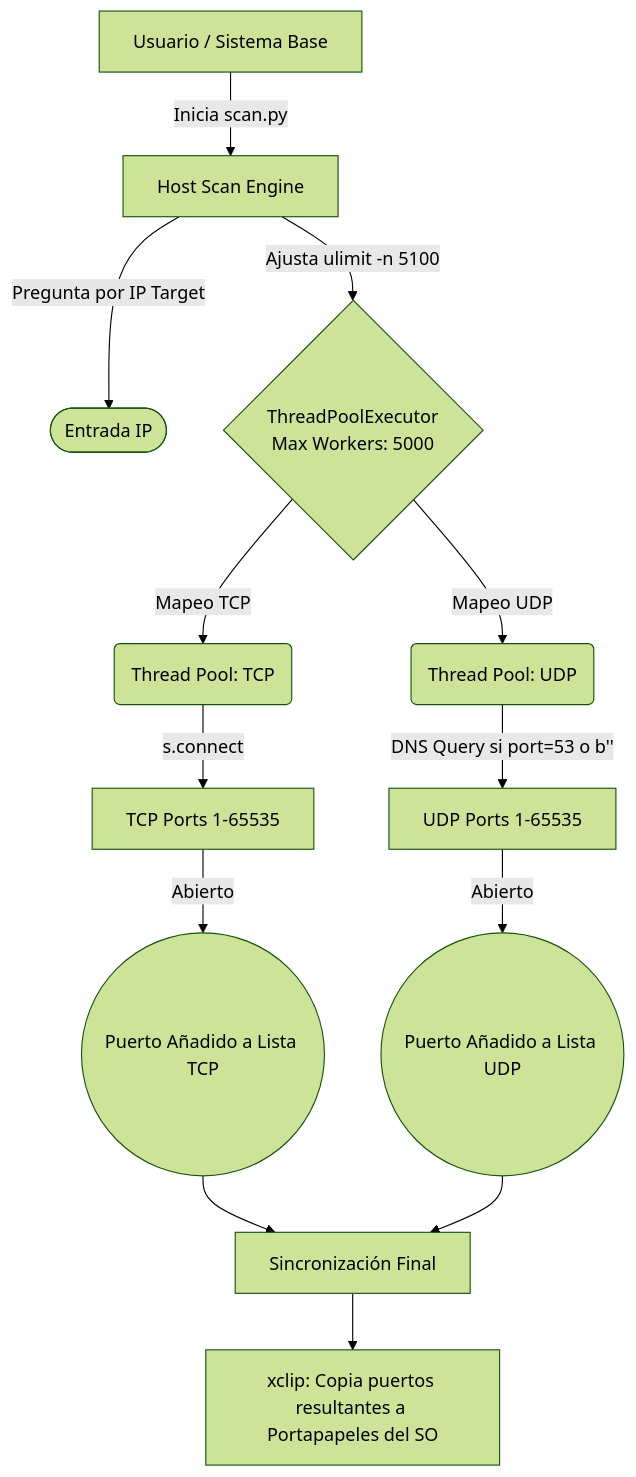
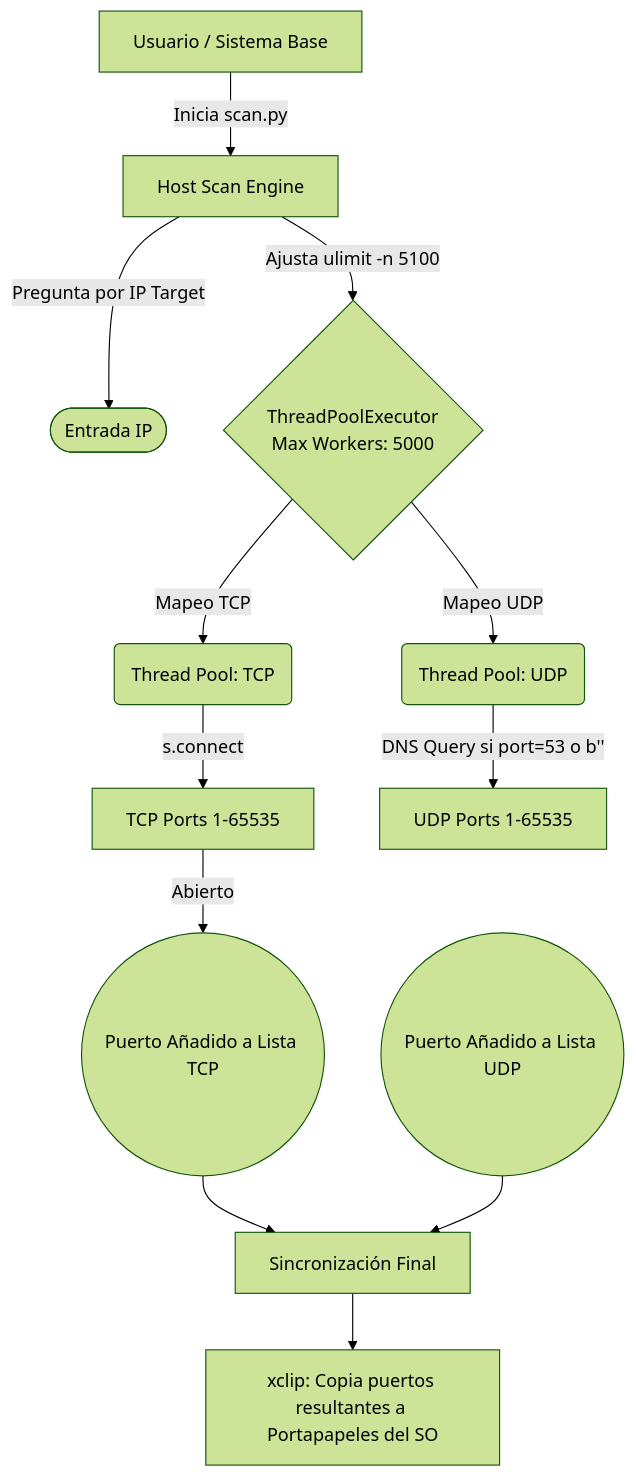
The first of 3 diagrams in diagrams/architecture.md (devsebastian44/Host-Scan), drawn with Mermaid (forest theme) before and after one commit. The commit also changed other lines of this file and 2 other files, not shown here.

````diff
--- a/diagrams/architecture.md
+++ b/diagrams/architecture.md
@@ -11,19 +11,19 @@
 ```mermaid
 graph TD
     A[Usuario / Sistema Base] -->|Inicia scan.py| B[Host Scan Engine]
     B -->|Pregunta por IP Target| C([Entrada IP])
     B -->|Ajusta ulimit -n 5100| D{ThreadPoolExecutor\nMax Workers: 5000}
     D -->|Mapeo TCP| E(Thread Pool: TCP)
     D -->|Mapeo UDP| F(Thread Pool: UDP)
     
     E -->|s.connect| G[TCP Ports 1-65535]
     F -->|DNS Query si port=53 o b''| H[UDP Ports 1-65535]
     
     G -->|Abierto| I((Puerto Añadido a Lista TCP))
-    H -->|Abierto| J((Puerto Añadido a Lista UDP))
+    J((Puerto Añadido a Lista UDP))
     
     I --> K[Sincronización Final]
     J --> K
     
     K --> L[xclip: Copia puertos resultantes a Portapapeles del SO]
 ```
````
